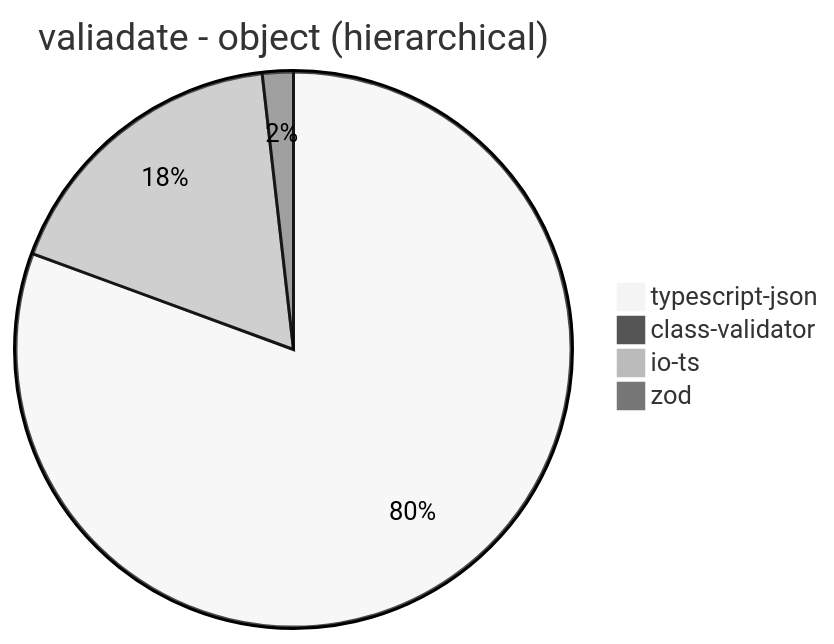
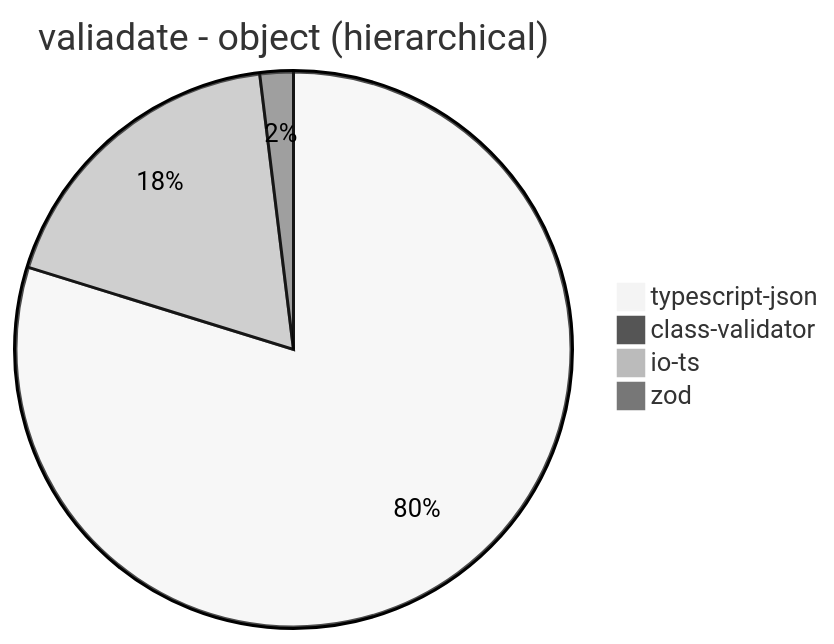
The ninth of 32 diagrams in benchmark/results/AMD Ryzen 7 5800H with Radeon Graphics.md (samchon/typia), drawn with Mermaid (neutral theme) before and after one commit. The commit also changed other lines of this file and 7 other files, not shown here.

````diff
--- a/benchmark/results/AMD Ryzen 7 5800H with Radeon Graphics.md
+++ b/benchmark/results/AMD Ryzen 7 5800H with Radeon Graphics.md
@@ -118,7 +118,7 @@
 ```mermaid
 pie title valiadate - object (hierarchical)
-  "typescript-json": 17908.1462237892
-  "class-validator": 100.67232837933474
-  "io-ts": 3909.240021869874
-  "zod": 400.07443245254933
+  "typescript-json": 17242.957746478874
+  "class-validator": 62.236866190737686
+  "io-ts": 3948.5559566787
+  "zod": 420.199736197475
 ```
````
